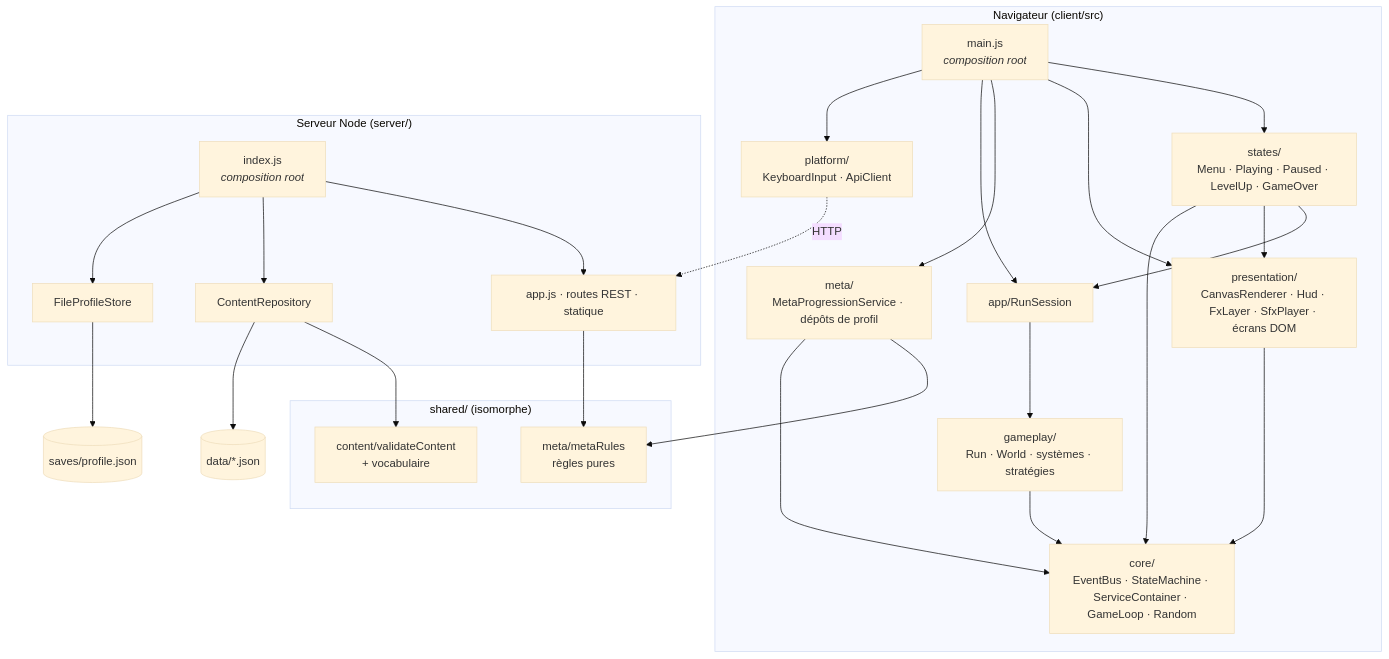
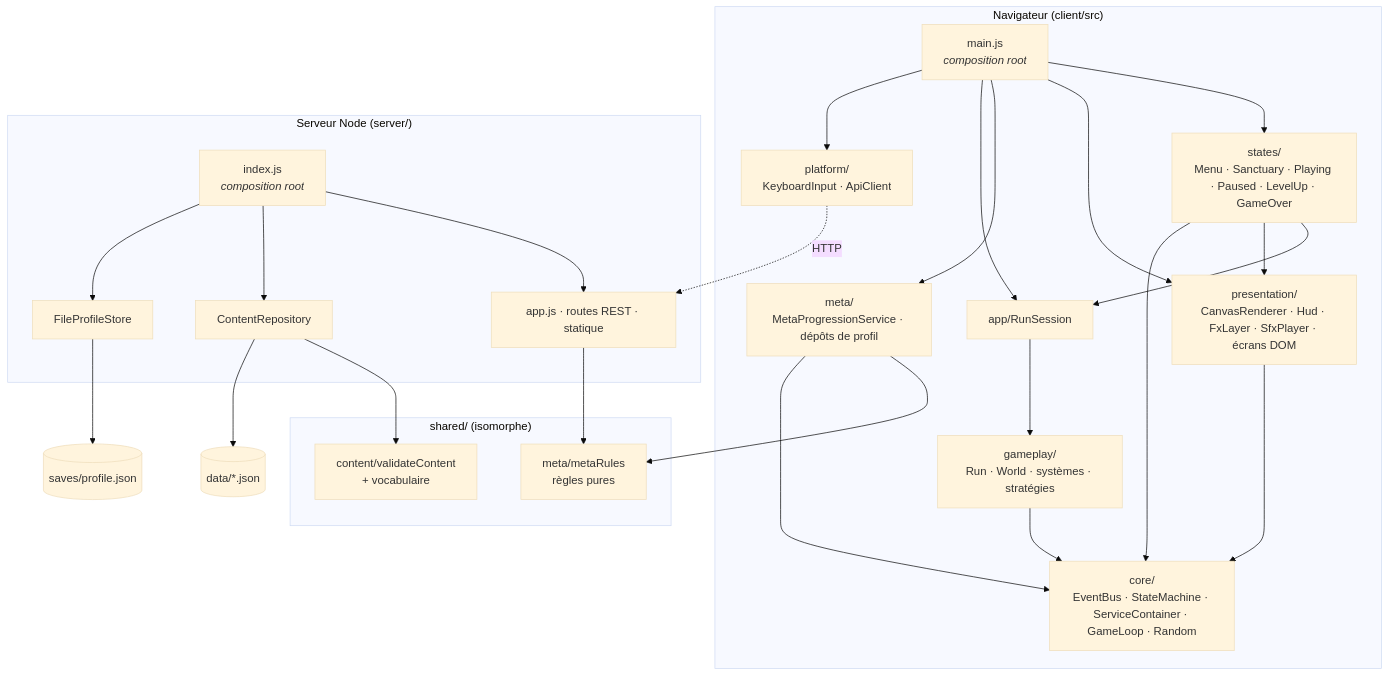
The first of 4 diagrams in docs/ARCHITECTURE.md (TeddySbot/Projet-Aegis), drawn with Mermaid (base theme) before and after one commit. The commit also changed other lines of this file and 49 other files, not shown here.

````diff
--- a/docs/ARCHITECTURE.md
+++ b/docs/ARCHITECTURE.md
@@ -58,38 +58,38 @@
 ```mermaid
 flowchart TB
   subgraph Navigateur["Navigateur (client/src)"]
     MAIN["main.js<br/><i>composition root</i>"]
-    STATES["states/<br/>Menu · Playing · Paused · LevelUp · GameOver"]
+    STATES["states/<br/>Menu · Sanctuary · Playing · Paused · LevelUp · GameOver"]
     PRES["presentation/<br/>CanvasRenderer · Hud · FxLayer · SfxPlayer · écrans DOM"]
     APP["app/RunSession"]
     META["meta/<br/>MetaProgressionService · dépôts de profil"]
     GAME["gameplay/<br/>Run · World · systèmes · stratégies"]
     CORE["core/<br/>EventBus · StateMachine · ServiceContainer · GameLoop · Random"]
     PLAT["platform/<br/>KeyboardInput · ApiClient"]
   end
   subgraph Partagé["shared/ (isomorphe)"]
     RULES["meta/metaRules<br/>règles pures"]
     VALID["content/validateContent<br/>+ vocabulaire"]
   end
   subgraph Serveur["Serveur Node (server/)"]
     SIDX["index.js<br/><i>composition root</i>"]
     API["app.js · routes REST · statique"]
     REPO["ContentRepository"]
     STORE["FileProfileStore"]
   end
   DATA[("data/*.json")]
   SAVES[("saves/profile.json")]
 
   MAIN --> STATES & PRES & META & APP & PLAT
   STATES --> APP & PRES & CORE
   PRES --> CORE
   APP --> GAME
   META --> RULES & CORE
   GAME --> CORE
   PLAT -. HTTP .-> API
   SIDX --> API & REPO & STORE
   API --> RULES
   REPO --> VALID
   REPO --> DATA
   STORE --> SAVES
 ```
````
